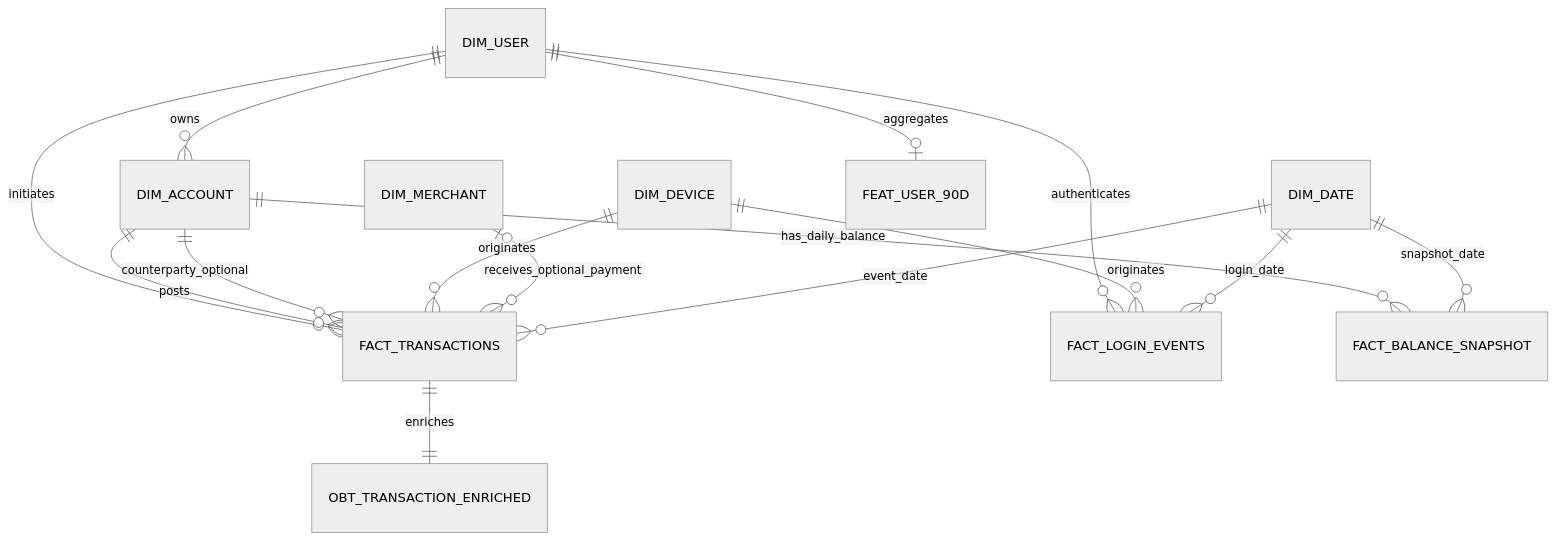
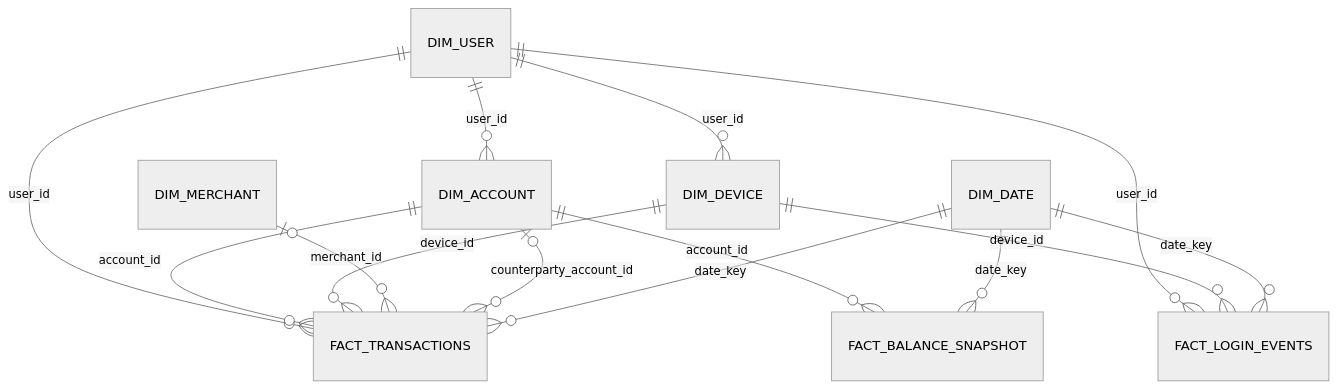
One commit to HuyyGiaa/ewallet-data-ai-platform changed the second of 2 diagrams in docs/edai1/schema/SCHEMA_DESIGN.md. Above: the diagram before and after it, drawn with Mermaid (neutral theme). The commit also changed other lines of this file and 28 other files, not shown here.

````diff
--- a/docs/edai1/schema/SCHEMA_DESIGN.md
+++ b/docs/edai1/schema/SCHEMA_DESIGN.md
@@ -179,17 +194,16 @@
 ```mermaid
 erDiagram
-    DIM_USER ||--o{ DIM_ACCOUNT : owns
-    DIM_USER ||--o{ FACT_TRANSACTIONS : initiates
-    DIM_USER ||--o{ FACT_LOGIN_EVENTS : authenticates
-    DIM_ACCOUNT ||--o{ FACT_TRANSACTIONS : posts
-    DIM_ACCOUNT ||--o{ FACT_BALANCE_SNAPSHOT : has_daily_balance
-    DIM_ACCOUNT ||--o{ FACT_TRANSACTIONS : counterparty_optional
-    DIM_DEVICE ||--o{ FACT_TRANSACTIONS : originates
-    DIM_DEVICE ||--o{ FACT_LOGIN_EVENTS : originates
-    DIM_MERCHANT o|--o{ FACT_TRANSACTIONS : receives_optional_payment
-    DIM_DATE ||--o{ FACT_TRANSACTIONS : event_date
-    DIM_DATE ||--o{ FACT_LOGIN_EVENTS : login_date
-    DIM_DATE ||--o{ FACT_BALANCE_SNAPSHOT : snapshot_date
-    FACT_TRANSACTIONS ||--|| OBT_TRANSACTION_ENRICHED : enriches
-    DIM_USER ||--o| FEAT_USER_90D : aggregates
+    DIM_USER ||--o{ DIM_ACCOUNT : user_id
+    DIM_USER ||--o{ DIM_DEVICE : user_id
+    DIM_USER ||--o{ FACT_TRANSACTIONS : user_id
+    DIM_ACCOUNT ||--o{ FACT_TRANSACTIONS : account_id
+    DIM_DEVICE ||--o{ FACT_TRANSACTIONS : device_id
+    DIM_MERCHANT |o--o{ FACT_TRANSACTIONS : merchant_id
+    DIM_ACCOUNT |o--o{ FACT_TRANSACTIONS : counterparty_account_id
+    DIM_DATE ||--o{ FACT_TRANSACTIONS : date_key
+    DIM_USER ||--o{ FACT_LOGIN_EVENTS : user_id
+    DIM_DEVICE ||--o{ FACT_LOGIN_EVENTS : device_id
+    DIM_DATE ||--o{ FACT_LOGIN_EVENTS : date_key
+    DIM_ACCOUNT ||--o{ FACT_BALANCE_SNAPSHOT : account_id
+    DIM_DATE ||--o{ FACT_BALANCE_SNAPSHOT : date_key
 ```
````
